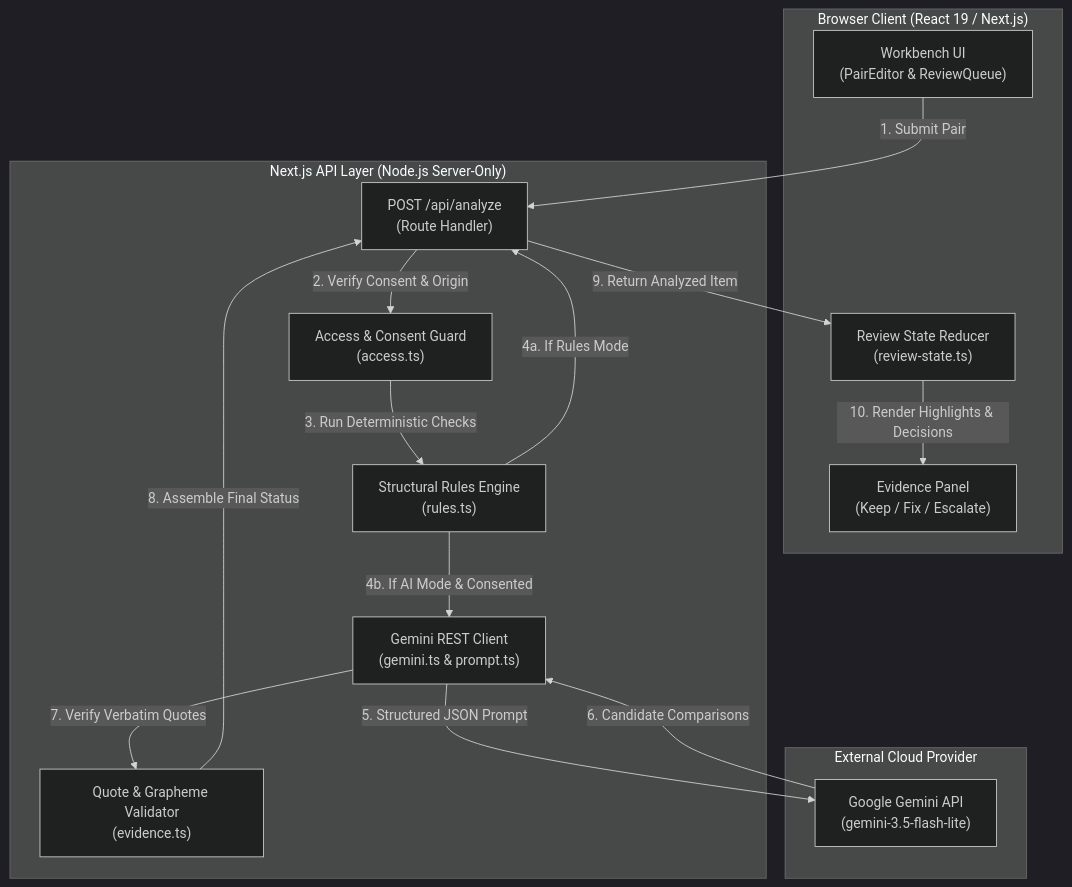
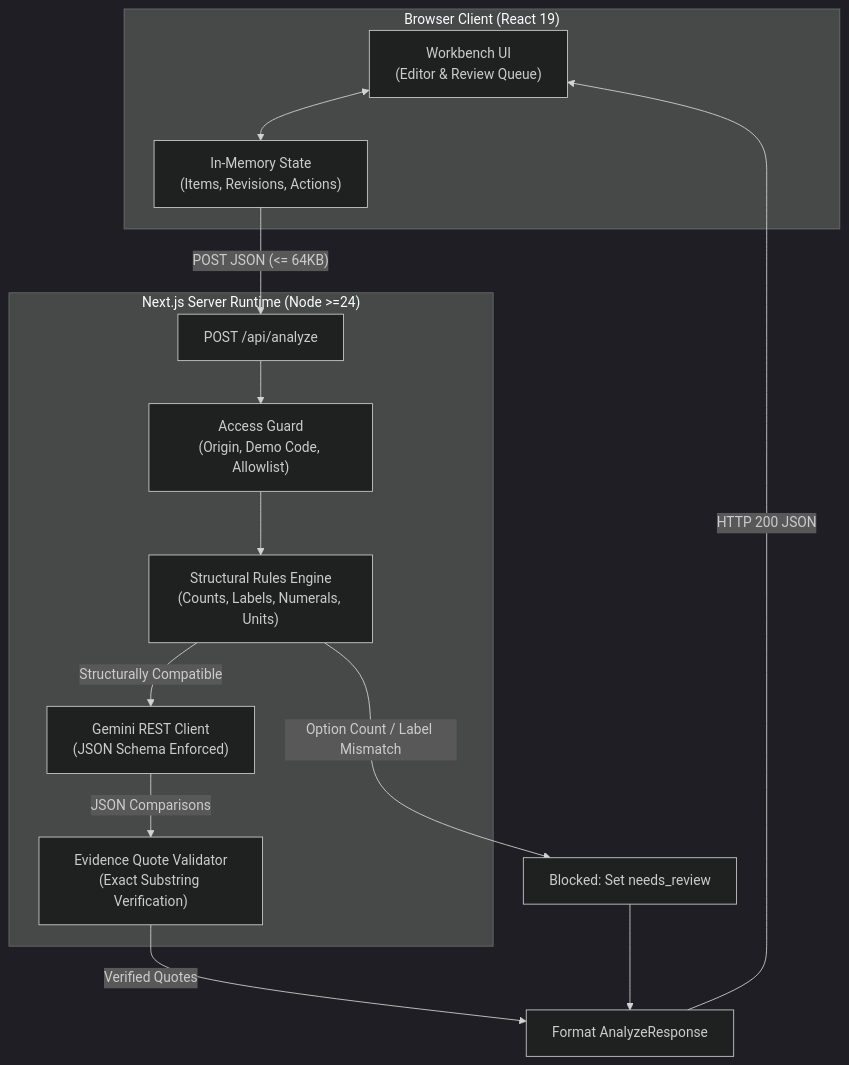
Before and after one commit to mohamed-kaif-1/MozhiMatch: the first of 2 diagrams in README.md, drawn with Mermaid (dark theme). The commit also changed other lines of this file and 2 other files, not shown here.

Commit message:
docs: upgrade README and engineering documentation with verified presentation standards

````diff
--- a/README.md
+++ b/README.md
@@ -105,36 +83,28 @@
 ```mermaid
 flowchart TD
-    subgraph Client["Browser Client (React 19 / Next.js)"]
-        UI["Workbench UI\n(PairEditor & ReviewQueue)"]
-        State["Review State Reducer\n(review-state.ts)"]
-        EvidenceUI["Evidence Panel\n(Keep / Fix / Escalate)"]
-    end
+  subgraph Client ["Browser Client (React 19)"]
+    UI["Workbench UI<br/>(Editor & Review Queue)"]
+    State["In-Memory State<br/>(Items, Revisions, Actions)"]
+  end
 
-    subgraph Server["Next.js API Layer (Node.js Server-Only)"]
-        API["POST /api/analyze\n(Route Handler)"]
-        Access["Access & Consent Guard\n(access.ts)"]
-        Rules["Structural Rules Engine\n(rules.ts)"]
-        AIClient["Gemini REST Client\n(gemini.ts & prompt.ts)"]
-        Evidence["Quote & Grapheme Validator\n(evidence.ts)"]
-    end
+  subgraph Server ["Next.js Server Runtime (Node >=24)"]
+    Route["POST /api/analyze"]
+    Access["Access Guard<br/>(Origin, Demo Code, Allowlist)"]
+    Rules["Structural Rules Engine<br/>(Counts, Labels, Numerals, Units)"]
+    Gemini["Gemini REST Client<br/>(JSON Schema Enforced)"]
+    Validator["Evidence Quote Validator<br/>(Exact Substring Verification)"]
+  end
 
-    subgraph External["External Cloud Provider"]
-        Gemini["Google Gemini API\n(gemini-3.5-flash-lite)"]
-    end
-
-    UI -->|"1. Submit Pair"| API
-    API -->|"2. Verify Consent & Origin"| Access
-    Access -->|"3. Run Deterministic Checks"| Rules
-    
-    Rules -->|"4a. If Rules Mode"| API
-    Rules -->|"4b. If AI Mode & Consented"| AIClient
-    
-    AIClient -->|"5. Structured JSON Prompt"| Gemini
-    Gemini -->|"6. Candidate Comparisons"| AIClient
-    
-    AIClient -->|"7. Verify Verbatim Quotes"| Evidence
-    Evidence -->|"8. Assemble Final Status"| API
-    
-    API -->|"9. Return Analyzed Item"| State
-    State -->|"10. Render Highlights & Decisions"| EvidenceUI
+  UI <--> State
+  State -->|"POST JSON (<= 64KB)"| Route
+  Route --> Access
+  Access --> Rules
+  
+  Rules -->|"Option Count / Label Mismatch"| Blocked["Blocked: Set needs_review"]
+  Rules -->|"Structurally Compatible"| Gemini
+  
+  Gemini -->|"JSON Comparisons"| Validator
+  Validator -->|"Verified Quotes"| Result["Format AnalyzeResponse"]
+  Blocked --> Result
+  Result -->|"HTTP 200 JSON"| UI
 ```
````
